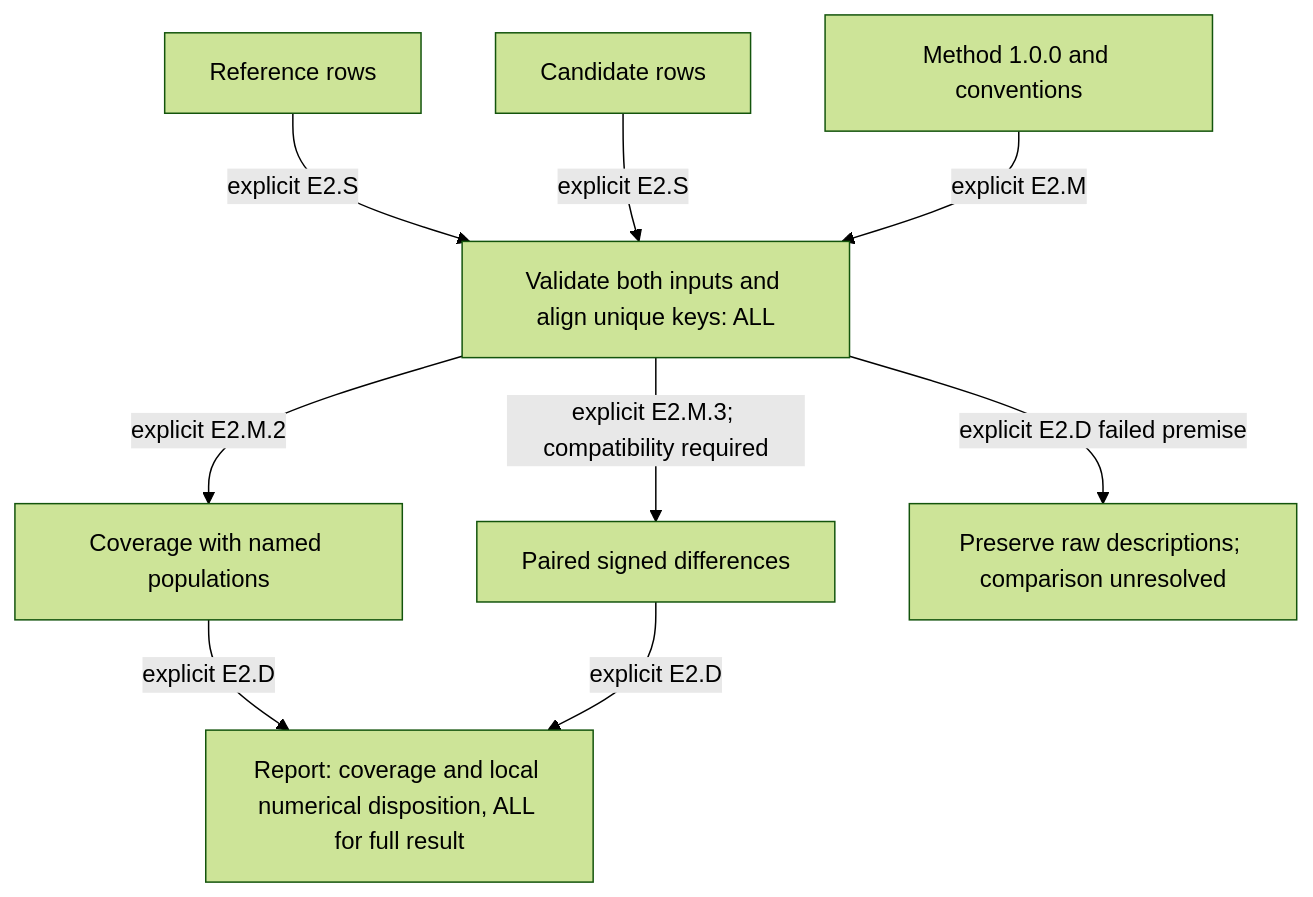
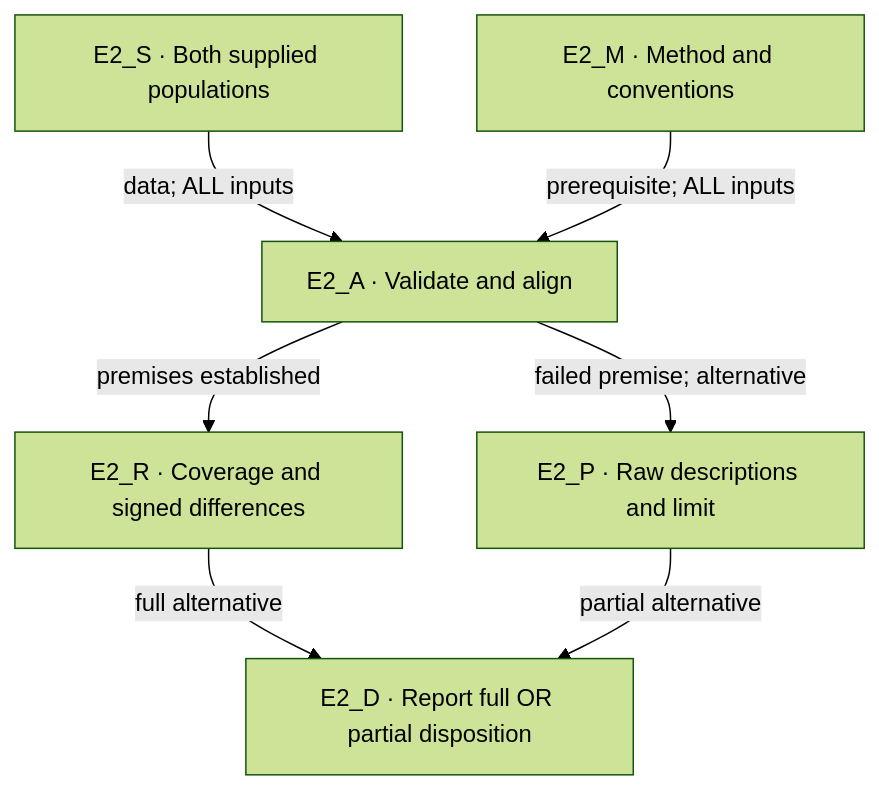
Before and after one commit to anpicci/TOP26006_fw: the second of 3 diagrams in docs/design/direct_prompt_authoring_v0.md, drawn with Mermaid (forest theme). The commit also changed other lines of this file and 1 other file, not shown here.

Commit message:
docs(governance): consolidate direct prompt delivery and graph rules

````diff
--- a/docs/design/direct_prompt_authoring_v0.md
+++ b/docs/design/direct_prompt_authoring_v0.md
@@ -438,11 +473,9 @@
 ```mermaid
 flowchart TD
- r["Reference rows"] -->|explicit E2.S| a["Validate both inputs and align unique keys: ALL"]
- c["Candidate rows"] -->|explicit E2.S| a
- m["Method 1.0.0 and conventions"] -->|explicit E2.M| a
- a -->|explicit E2.M.2| k["Coverage with named populations"]
- a -->|explicit E2.M.3; compatibility required| d["Paired signed differences"]
- a -->|explicit E2.D failed premise| p["Preserve raw descriptions; comparison unresolved"]
- k -->|explicit E2.D| o["Report: coverage and local numerical disposition, ALL for full result"]
- d -->|explicit E2.D| o
+ E2_S["E2_S · Both supplied populations"] -->|data; ALL inputs| E2_A["E2_A · Validate and align"]
+ E2_M["E2_M · Method and conventions"] -->|prerequisite; ALL inputs| E2_A
+ E2_A -->|premises established| E2_R["E2_R · Coverage and signed differences"]
+ E2_A -->|failed premise; alternative| E2_P["E2_P · Raw descriptions and limit"]
+ E2_R -->|full alternative| E2_D["E2_D · Report full OR partial disposition"]
+ E2_P -->|partial alternative| E2_D
 ```
````
